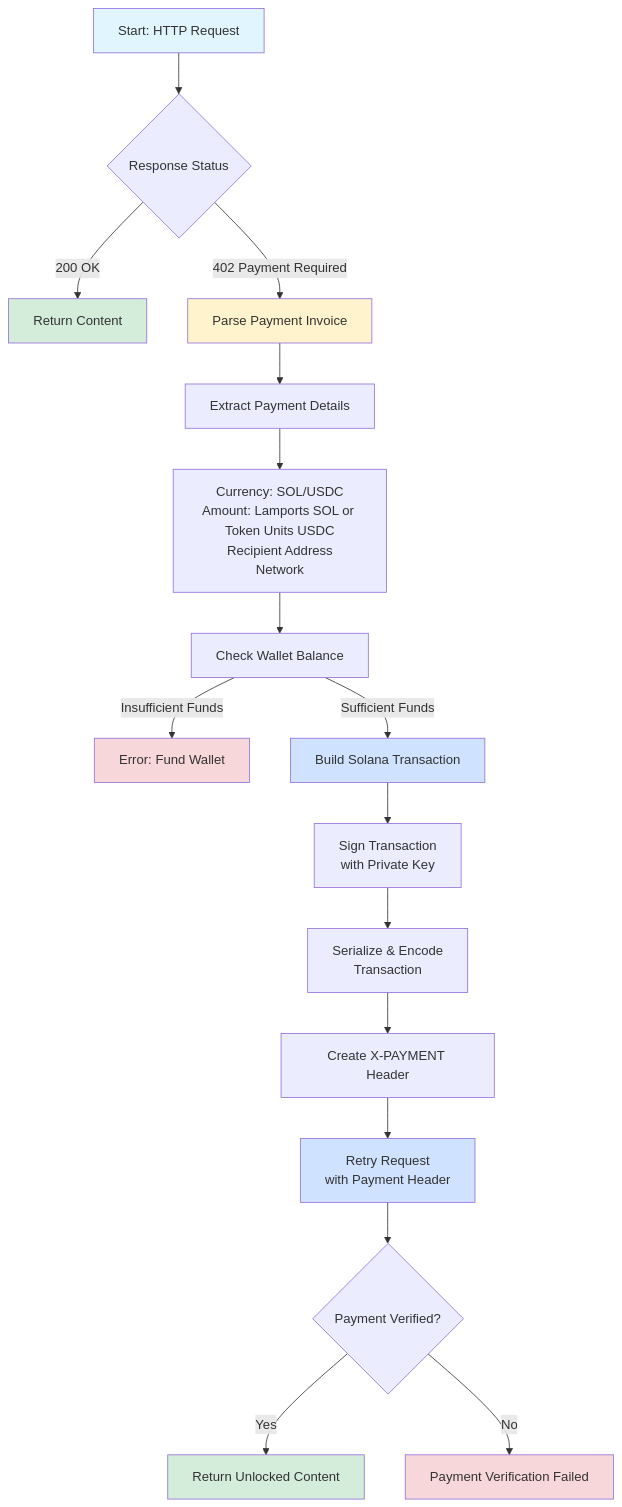
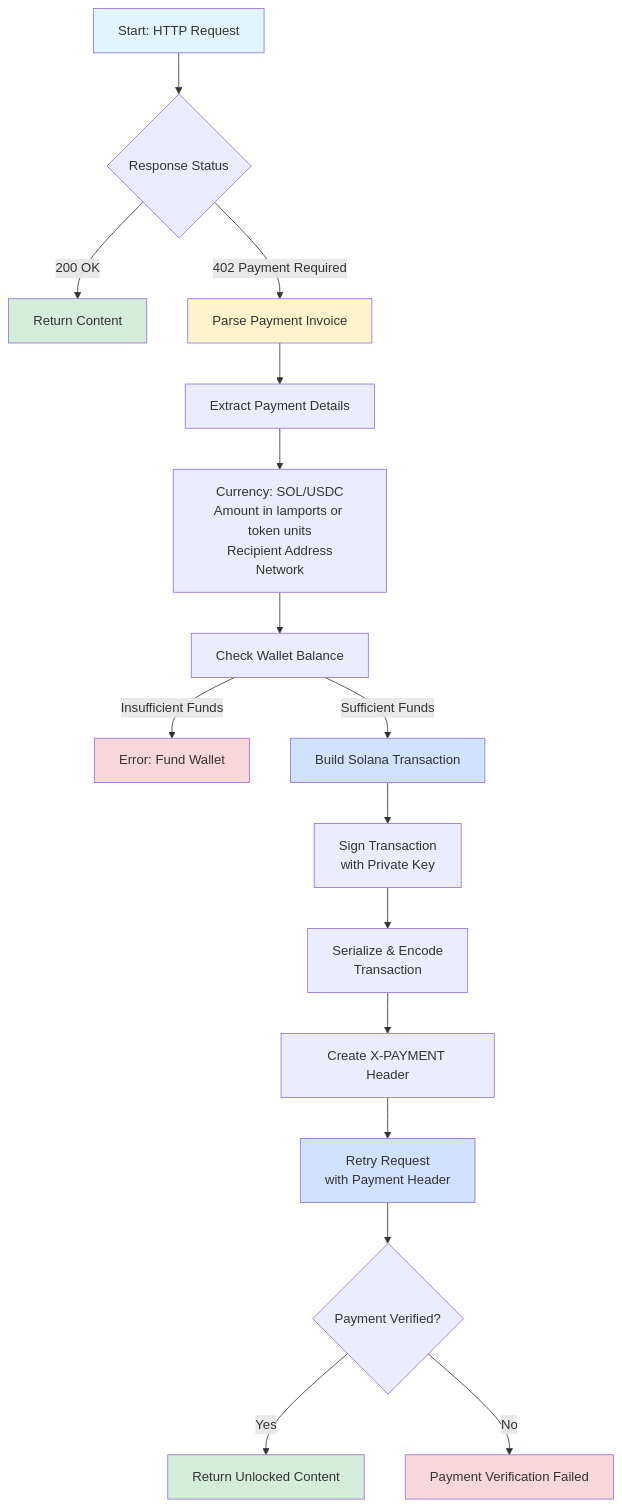
Before and after one commit to Adarsh-Dhar/x402-solana: the first of 2 diagrams in main-app/sdk/README.md, drawn with Mermaid. The commit also changed 1 other file, not shown here.

Commit message:
Improve diagram clarity: add certainty range and simplify token units

````diff
--- a/main-app/sdk/README.md
+++ b/main-app/sdk/README.md
@@ -17,32 +17,32 @@
 ```mermaid
 flowchart TD
     A[Start: HTTP Request] --> B{Response Status}
     B -->|200 OK| C[Return Content]
     B -->|402 Payment Required| D[Parse Payment Invoice]
     
     D --> E[Extract Payment Details]
-    E --> F[Currency: SOL/USDC<br/>Amount: Lamports SOL or Token Units USDC<br/>Recipient Address<br/>Network]
+    E --> F[Currency: SOL/USDC<br/>Amount in lamports or token units<br/>Recipient Address<br/>Network]
     
     F --> G[Check Wallet Balance]
     G -->|Insufficient Funds| H[Error: Fund Wallet]
     G -->|Sufficient Funds| I[Build Solana Transaction]
     
     I --> J[Sign Transaction<br/>with Private Key]
     J --> K[Serialize & Encode<br/>Transaction]
     K --> L[Create X-PAYMENT Header]
     
     L --> M[Retry Request<br/>with Payment Header]
     M --> N{Payment Verified?}
     
     N -->|Yes| O[Return Unlocked Content]
     N -->|No| P[Payment Verification Failed]
     
     style A fill:#e1f5ff
     style C fill:#d4edda
     style O fill:#d4edda
     style H fill:#f8d7da
     style P fill:#f8d7da
     style D fill:#fff3cd
     style I fill:#cfe2ff
     style M fill:#cfe2ff
 ```
````
